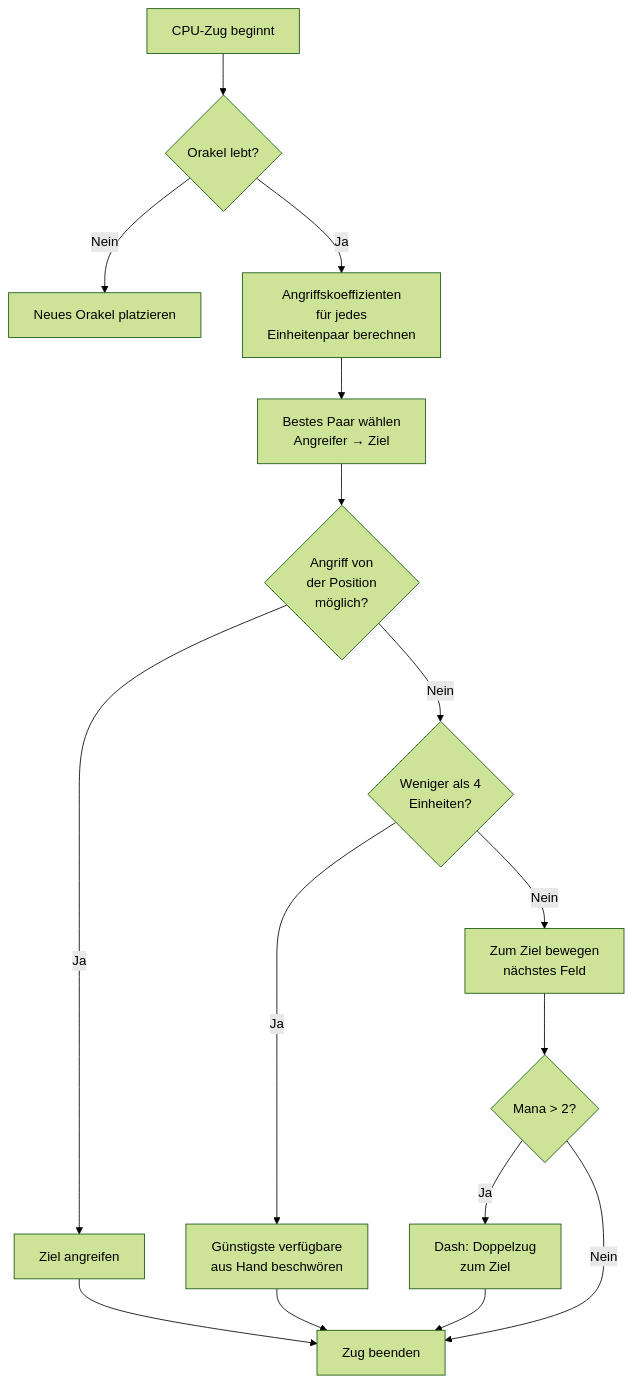
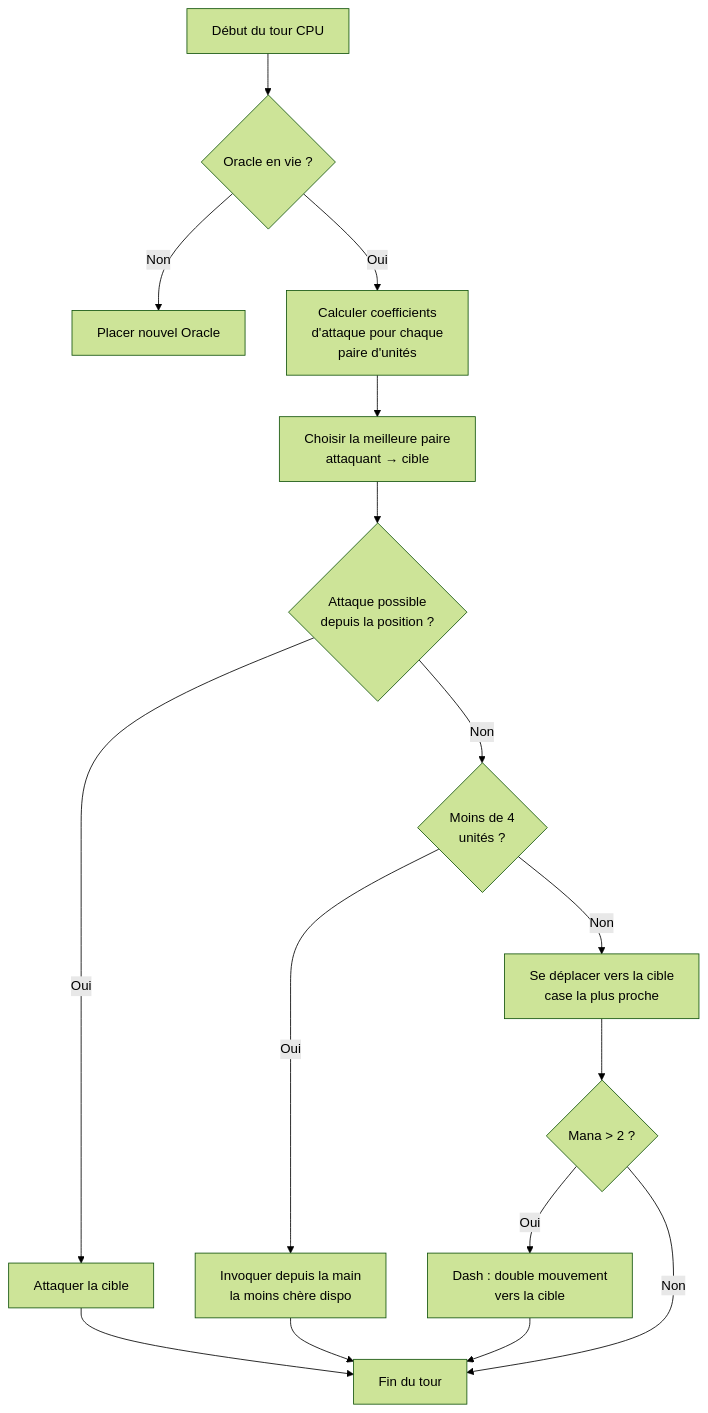
One commit to fox3000foxy/fox3000foxy.github.io changed the diagram in public/articles/de/nausicaa-ai.md. Above: the diagram before and after it, drawn with Mermaid (forest theme). The commit also changed other lines of this file and 576 other files, not shown here.

````diff
--- a/public/articles/de/nausicaa-ai.md
+++ b/public/articles/de/nausicaa-ai.md
@@ -141,18 +141,18 @@
 ```mermaid
 flowchart TD
-    A[CPU-Zug beginnt] --> B{Orakel lebt?}
-    B -->|Nein| C[Neues Orakel platzieren]
-    B -->|Ja| D[Angriffskoeffizienten\nfür jedes\nEinheitenpaar berechnen]
-    D --> E[Bestes Paar wählen\nAngreifer → Ziel]
-    E --> F{Angriff von\nder Position\nmöglich?}
-    F -->|Ja| G[Ziel angreifen]
-    F -->|Nein| H{Weniger als 4\nEinheiten?}
-    H -->|Ja| I[Günstigste verfügbare\naus Hand beschwören]
-    H -->|Nein| J[Zum Ziel bewegen\nnächstes Feld]
-    J --> K{Mana > 2?}
-    K -->|Ja| L[Dash: Doppelzug\nzum Ziel]
-    K -->|Nein| M[Zug beenden]
+    A[Début du tour CPU] --> B{Oracle en vie ?}
+    B -->|Non| C[Placer nouvel Oracle]
+    B -->|Oui| D[Calculer coefficients\nd'attaque pour chaque\npaire d'unités]
+    D --> E[Choisir la meilleure paire\nattaquant → cible]
+    E --> F{Attaque possible\ndepuis la position ?}
+    F -->|Oui| G[Attaquer la cible]
+    F -->|Non| H{Moins de 4\nunités ?}
+    H -->|Oui| I[Invoquer depuis la main\nla moins chère dispo]
+    H -->|Non| J[Se déplacer vers la cible\ncase la plus proche]
+    J --> K{Mana > 2 ?}
+    K -->|Oui| L[Dash : double mouvement\nvers la cible]
+    K -->|Non| M[Fin du tour]
     G --> M
     I --> M
     L --> M
 ```
````
